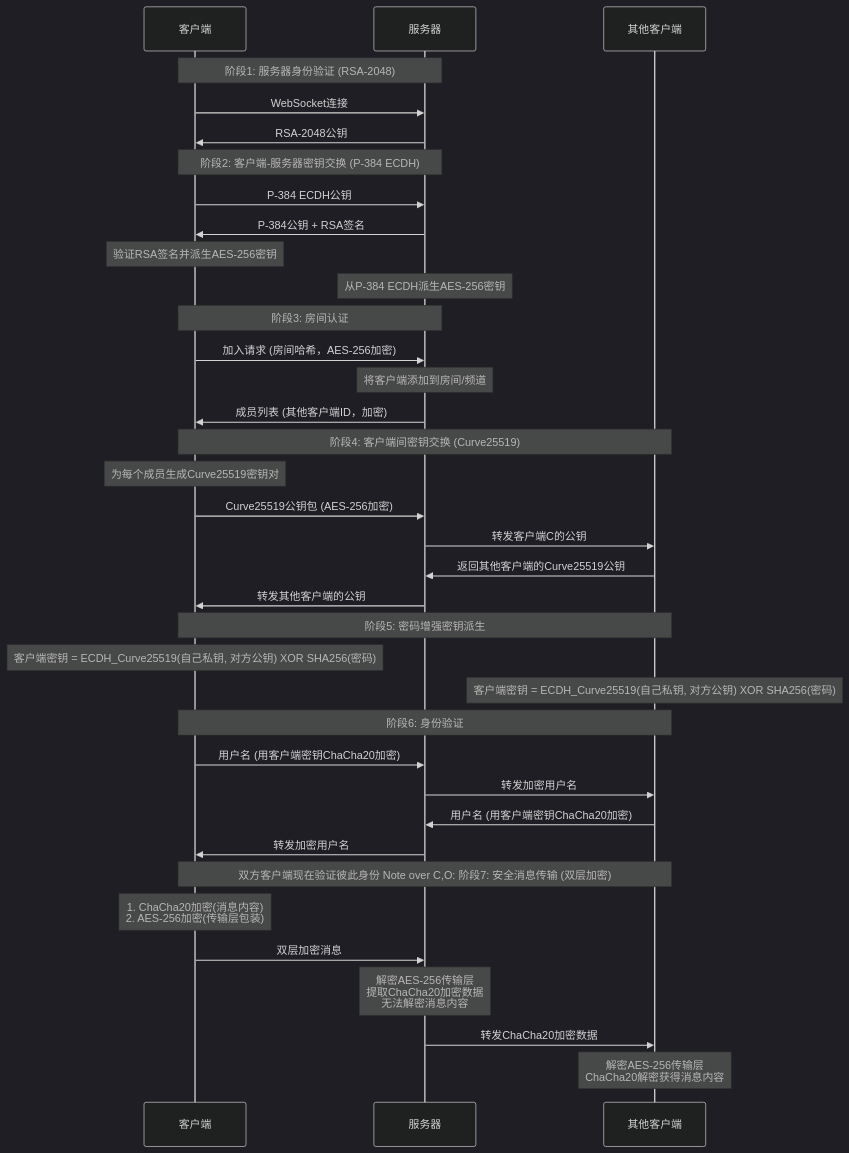
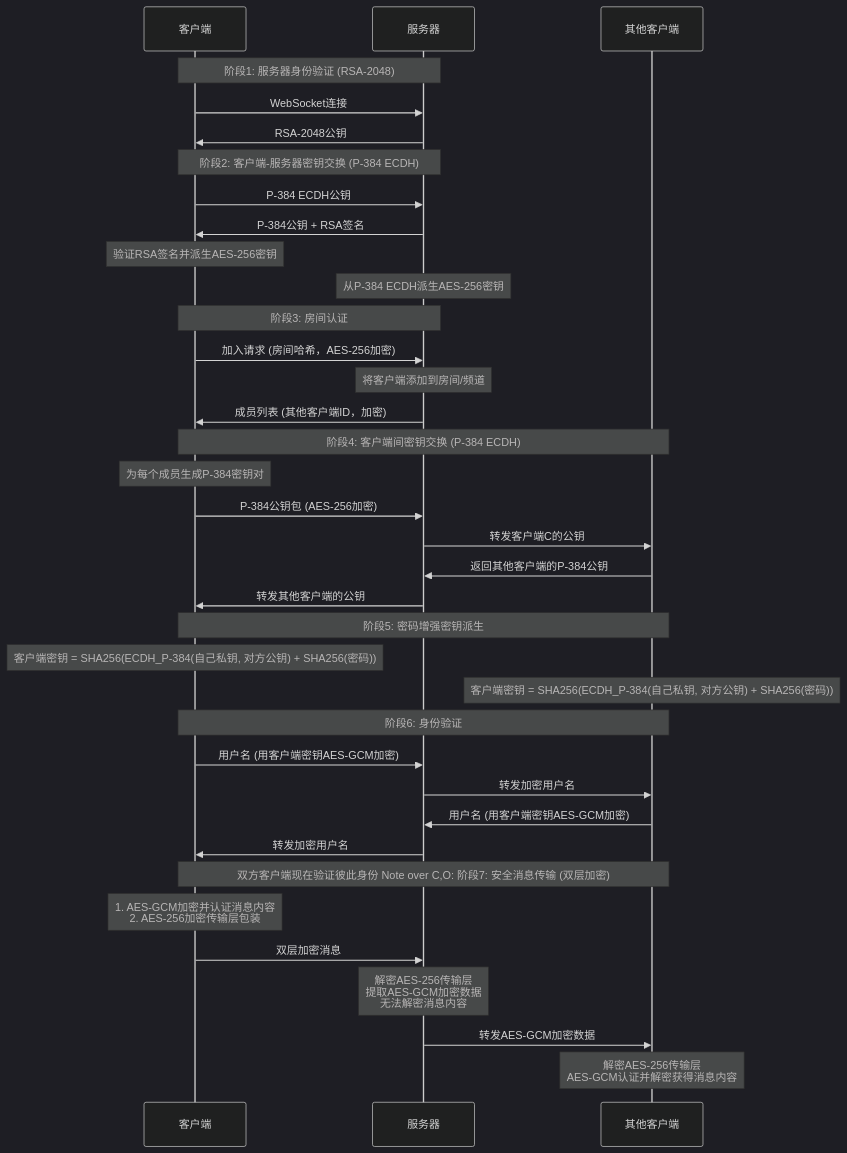
Before and after one commit to deeeeeeeeap/nodecrypt: the diagram in README.md, drawn with Mermaid (dark theme). The commit also changed other lines of this file and 18 other files, not shown here.

````diff
--- a/README.md
+++ b/README.md
@@ -90,43 +109,43 @@
 ```mermaid
 sequenceDiagram
     participant C as 客户端
     participant S as 服务器
     participant O as 其他客户端
 
     Note over C,S: 阶段1: 服务器身份验证 (RSA-2048)
     C->>S: WebSocket连接
     S->>C: RSA-2048公钥
     
     Note over C,S: 阶段2: 客户端-服务器密钥交换 (P-384 ECDH)
     C->>S: P-384 ECDH公钥
     S->>C: P-384公钥 + RSA签名
     Note over C: 验证RSA签名并派生AES-256密钥
     Note over S: 从P-384 ECDH派生AES-256密钥
     
     Note over C,S: 阶段3: 房间认证
     C->>S: 加入请求 (房间哈希，AES-256加密)
     Note over S: 将客户端添加到房间/频道
     S->>C: 成员列表 (其他客户端ID，加密)
-      Note over C,O: 阶段4: 客户端间密钥交换 (Curve25519)
-    Note over C: 为每个成员生成Curve25519密钥对
-    C->>S: Curve25519公钥包 (AES-256加密)
+      Note over C,O: 阶段4: 客户端间密钥交换 (P-384 ECDH)
+    Note over C: 为每个成员生成P-384密钥对
+    C->>S: P-384公钥包 (AES-256加密)
     S->>O: 转发客户端C的公钥
-    O->>S: 返回其他客户端的Curve25519公钥
+    O->>S: 返回其他客户端的P-384公钥
     S->>C: 转发其他客户端的公钥
     
     Note over C,O: 阶段5: 密码增强密钥派生
-    Note over C: 客户端密钥 = ECDH_Curve25519(自己私钥, 对方公钥) XOR SHA256(密码)
-    Note over O: 客户端密钥 = ECDH_Curve25519(自己私钥, 对方公钥) XOR SHA256(密码)
+    Note over C: 客户端密钥 = SHA256(ECDH_P-384(自己私钥, 对方公钥) + SHA256(密码))
+    Note over O: 客户端密钥 = SHA256(ECDH_P-384(自己私钥, 对方公钥) + SHA256(密码))
     
     Note over C,O: 阶段6: 身份验证
-    C->>S: 用户名 (用客户端密钥ChaCha20加密)
+    C->>S: 用户名 (用客户端密钥AES-GCM加密)
     S->>O: 转发加密用户名
-    O->>S: 用户名 (用客户端密钥ChaCha20加密)
+    O->>S: 用户名 (用客户端密钥AES-GCM加密)
     S->>C: 转发加密用户名
     Note over C,O: 双方客户端现在验证彼此身份    Note over C,O: 阶段7: 安全消息传输 (双层加密)
-    Note over C: 1. ChaCha20加密(消息内容)<br/>2. AES-256加密(传输层包装)
+    Note over C: 1. AES-GCM加密并认证消息内容<br/>2. AES-256加密传输层包装
     C->>S: 双层加密消息
-    Note over S: 解密AES-256传输层<br/>提取ChaCha20加密数据<br/>无法解密消息内容
-    S->>O: 转发ChaCha20加密数据
-    Note over O: 解密AES-256传输层<br/>ChaCha20解密获得消息内容
+    Note over S: 解密AES-256传输层<br/>提取AES-GCM加密数据<br/>无法解密消息内容
+    S->>O: 转发AES-GCM加密数据
+    Note over O: 解密AES-256传输层<br/>AES-GCM认证并解密获得消息内容
 ```
````
